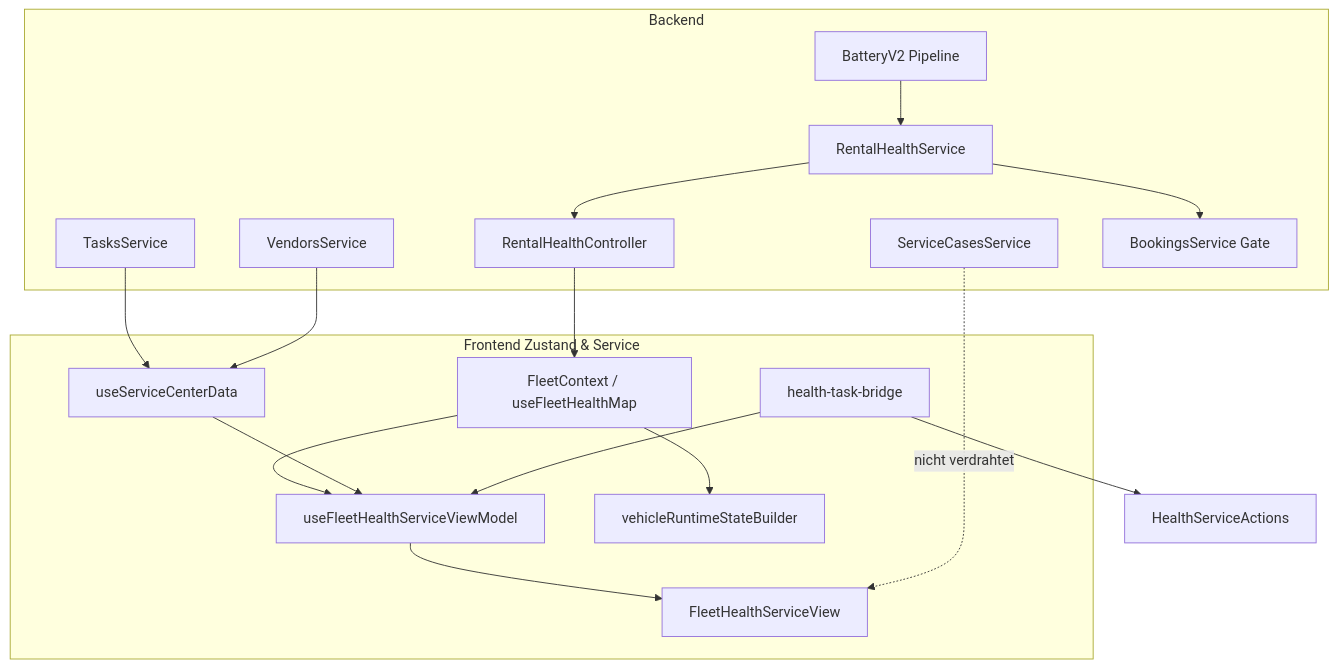
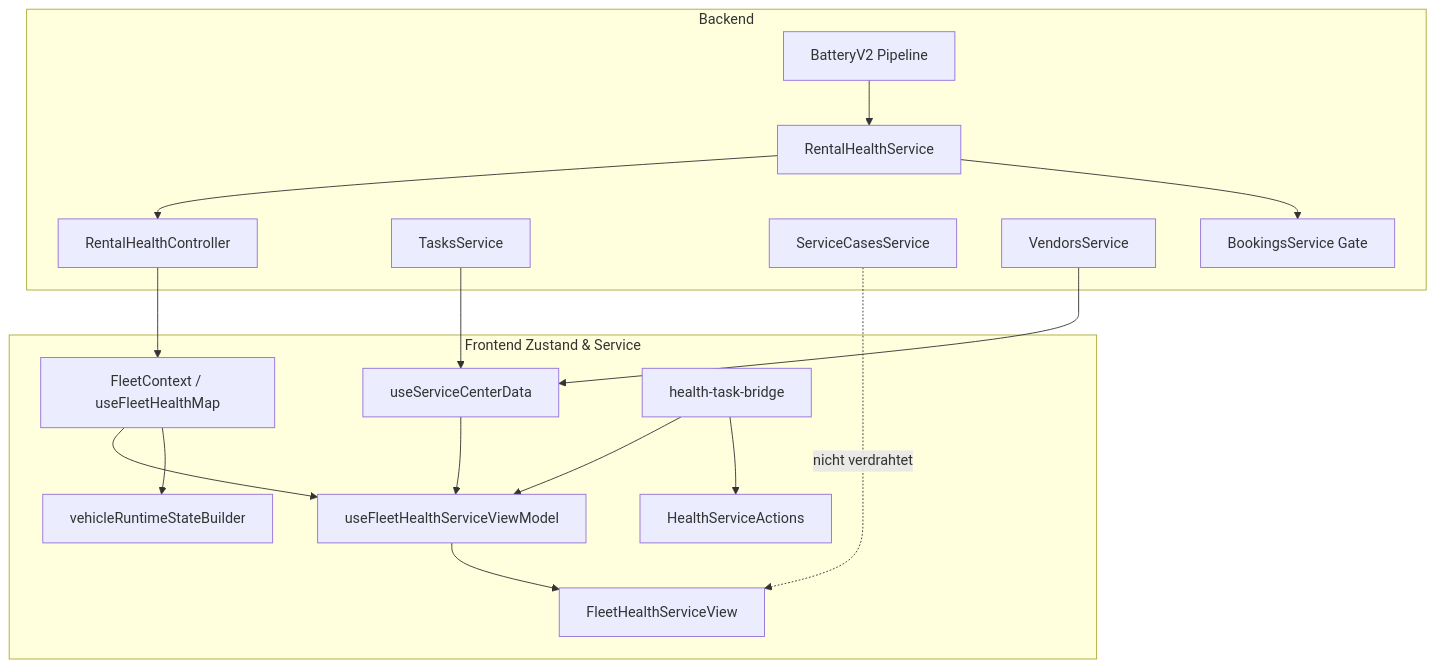
One commit to FATIHS-MGCKS/SYNQDRIVE-alpha changed the diagram in docs/implementation/fleet-health-service-callsite-baseline.md. Above: the diagram before and after it, drawn with Mermaid. The commit also changed other lines of this file and 1 other file, not shown here.

Commit message:
docs(fleet-health-service): record remediation baseline

````diff
--- a/docs/implementation/fleet-health-service-callsite-baseline.md
+++ b/docs/implementation/fleet-health-service-callsite-baseline.md
@@ -384,33 +405,34 @@
 ```mermaid
 flowchart TB
   subgraph BE["Backend"]
     RH[RentalHealthService]
     RHC[RentalHealthController]
     TS[TasksService]
     SC[ServiceCasesService]
     VS[VendorsService]
     BG[BookingsService Gate]
     BVP[BatteryV2 Pipeline]
   end
 
   subgraph FE["Frontend Zustand & Service"]
     FC[FleetContext / useFleetHealthMap]
     SCD[useServiceCenterData]
     VM[useFleetHealthServiceViewModel]
     FHS[FleetHealthServiceView]
     HTB[health-task-bridge]
+    HSA[HealthServiceActions]
     RT[vehicleRuntimeStateBuilder]
   end
 
   BVP --> RH
   RH --> RHC
   RHC --> FC
   FC --> VM --> FHS
   TS --> SCD --> VM
   VS --> SCD
   SC -.->|nicht verdrahtet| FHS
   HTB --> VM
-  HTB --> HealthServiceActions
+  HTB --> HSA
   FC --> RT
   RH --> BG
 ```
````
